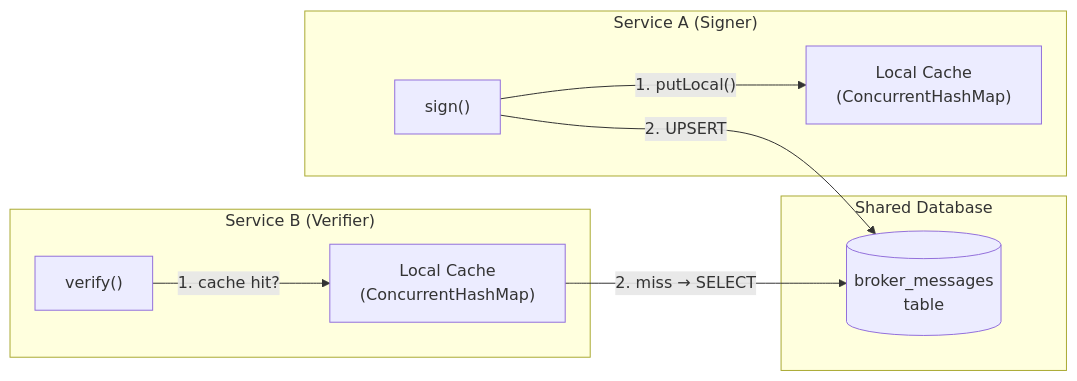
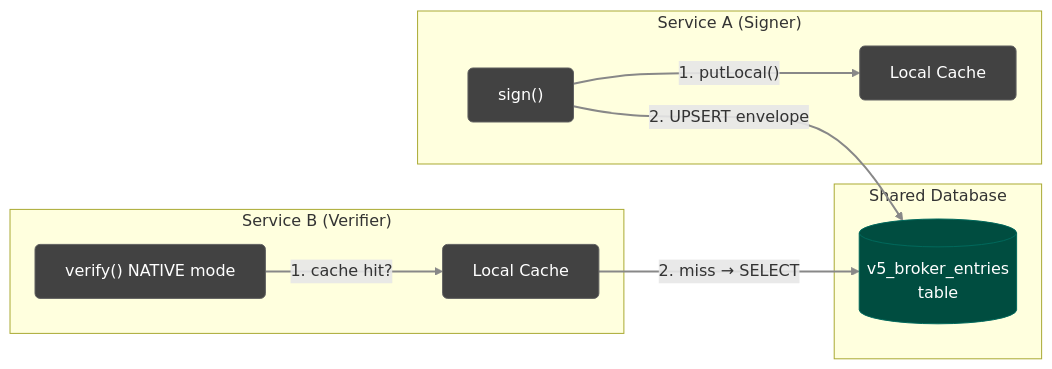
One commit to cyfko/veridot changed the diagram in docs/docs/modules/veridot-databases.md. Above: the diagram before and after it, drawn with Mermaid. The commit also changed other lines of this file and 84 other files, not shown here.

Commit message:
docs: complete Protocol V5 documentation rewrite (including premium diagrams)

````diff
--- a/docs/docs/modules/veridot-databases.md
+++ b/docs/docs/modules/veridot-databases.md
@@ -52,22 +48,33 @@
 ```mermaid
 graph LR
+
+    %% Premium Theme
+    linkStyle default stroke:#888888,stroke-width:2px;
+    classDef default fill:#424242,stroke:#616161,stroke-width:1px,color:#fff,rx:5px,ry:5px;
+    classDef service fill:#4527a0,stroke:#5e35b1,stroke-width:1px,color:#fff,rx:5px,ry:5px;
+    classDef broker fill:#004d40,stroke:#00695c,stroke-width:1px,color:#fff,rx:5px,ry:5px;
+    classDef db fill:#bf360c,stroke:#d84315,stroke-width:1px,color:#fff,rx:5px,ry:5px;
+    classDef taas fill:#01579b,stroke:#0277bd,stroke-width:1px,color:#fff,rx:5px,ry:5px;
+
     subgraph "Service A (Signer)"
         S["sign()"]
-        LC1["Local Cache<br/>(ConcurrentHashMap)"]
+        LC1["Local Cache"]
     end
 
     subgraph "Shared Database"
-        DB[("broker_messages<br/>table")]
+        DB[("v5_broker_entries<br/>table")]
     end
 
     subgraph "Service B (Verifier)"
-        V["verify()"]
-        LC2["Local Cache<br/>(ConcurrentHashMap)"]
+        V["verify() NATIVE mode"]
+        LC2["Local Cache"]
     end
 
     S -->|"1. putLocal()"| LC1
-    S -->|"2. UPSERT"| DB
+    S -->|"2. UPSERT envelope"| DB
     V -->|"1. cache hit?"| LC2
     LC2 -->|"2. miss → SELECT"| DB
 
+    class DB broker;
+
 ```
````
